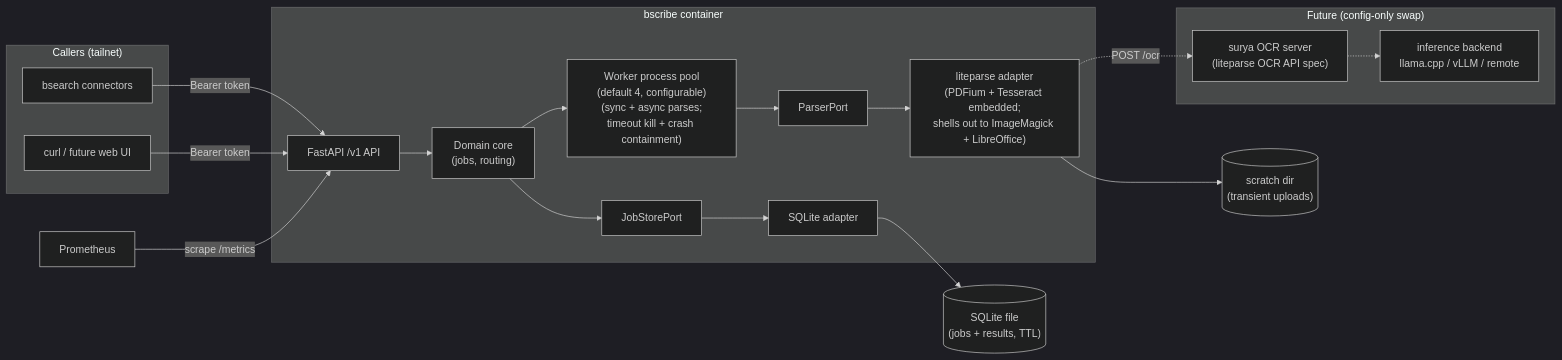
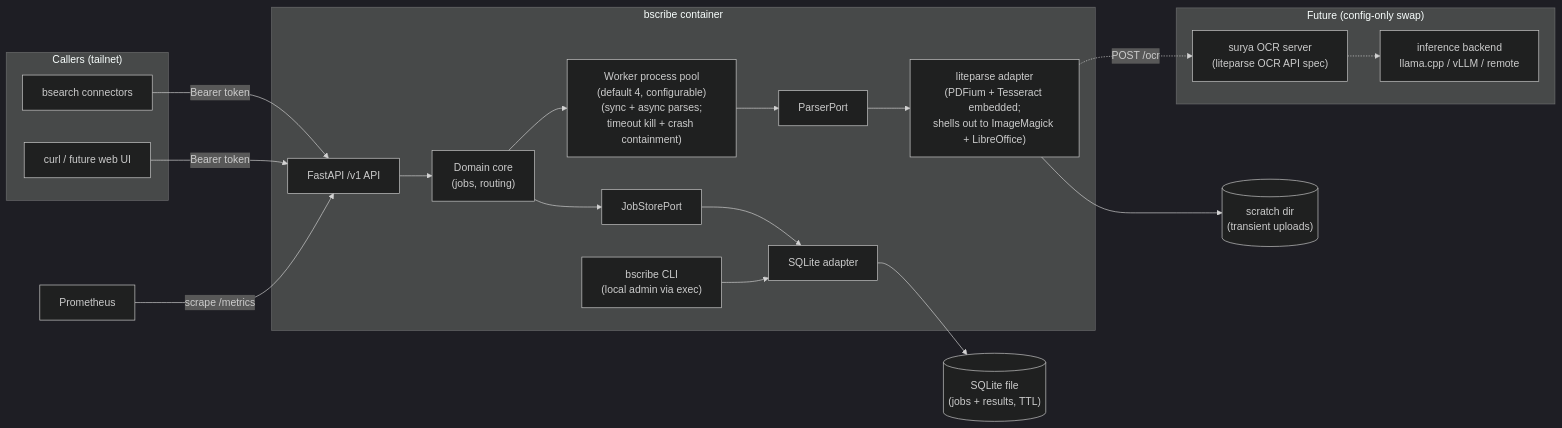
Before and after one commit to bcrisp4/bscribe: the diagram in docs/design.md, drawn with Mermaid (dark theme). The commit also changed other lines of this file, not shown here.

First line of the commit message:
docs(design): DB-backed tokens provisioned via local admin CLI

````diff
--- a/docs/design.md
+++ b/docs/design.md
@@ -86,34 +87,36 @@
 ```mermaid
 flowchart LR
     subgraph callers["Callers (tailnet)"]
         BS["bsearch connectors"]
         CURL["curl / future web UI"]
     end
 
     subgraph bscribe["bscribe container"]
         API["FastAPI /v1 API"]
         CORE["Domain core<br/>(jobs, routing)"]
         WP["Worker process pool<br/>(default 4, configurable)<br/>(sync + async parses;<br/>timeout kill + crash containment)"]
         PP["ParserPort"]
         JS["JobStorePort"]
         LP["liteparse adapter<br/>(PDFium + Tesseract embedded;<br/>shells out to ImageMagick + LibreOffice)"]
         SQ["SQLite adapter"]
+        CLI["bscribe CLI<br/>(local admin via exec)"]
     end
 
     SCRATCH[("scratch dir<br/>(transient uploads)")]
     DB[("SQLite file<br/>(jobs + results, TTL)")]
     PROM["Prometheus"]
 
     subgraph future["Future (config-only swap)"]
         OCRS["surya OCR server<br/>(liteparse OCR API spec)"]
         INF["inference backend<br/>llama.cpp / vLLM / remote"]
     end
 
     BS & CURL -->|"Bearer token"| API
     API --> CORE --> WP
     CORE --> JS --> SQ --> DB
+    CLI --> SQ
     WP --> PP --> LP
     LP --> SCRATCH
     PROM -->|"scrape /metrics"| API
     LP -.->|"POST /ocr"| OCRS -.-> INF
 ```
````
